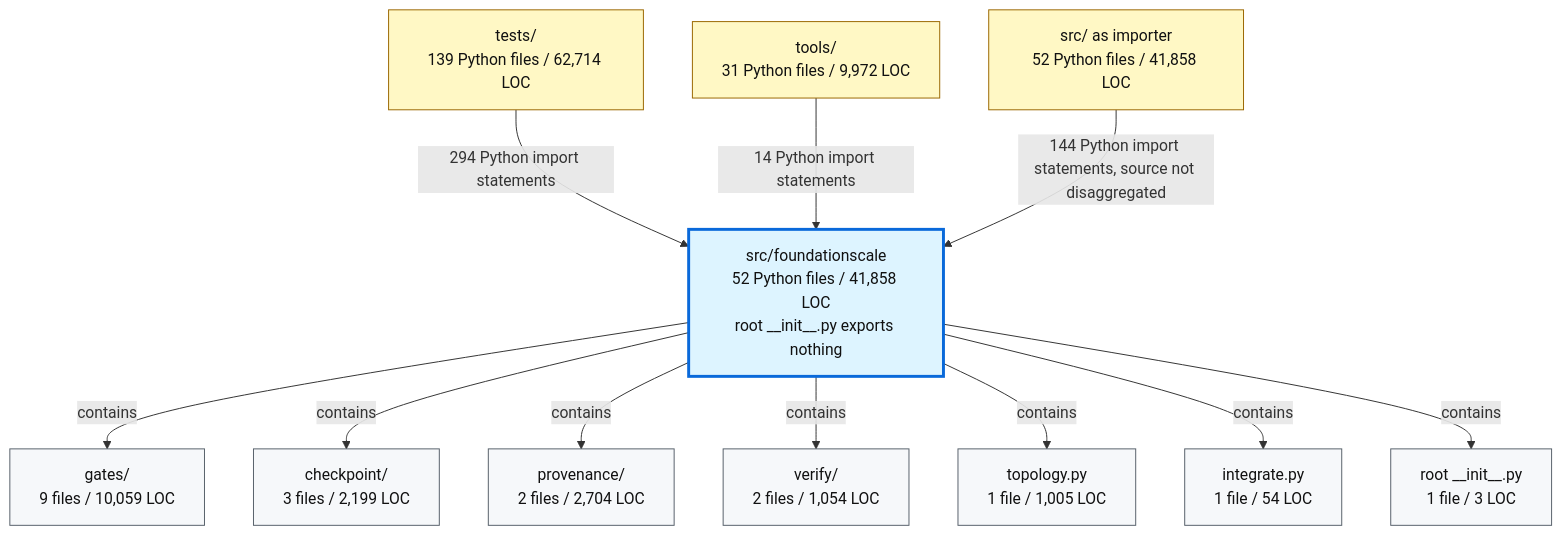
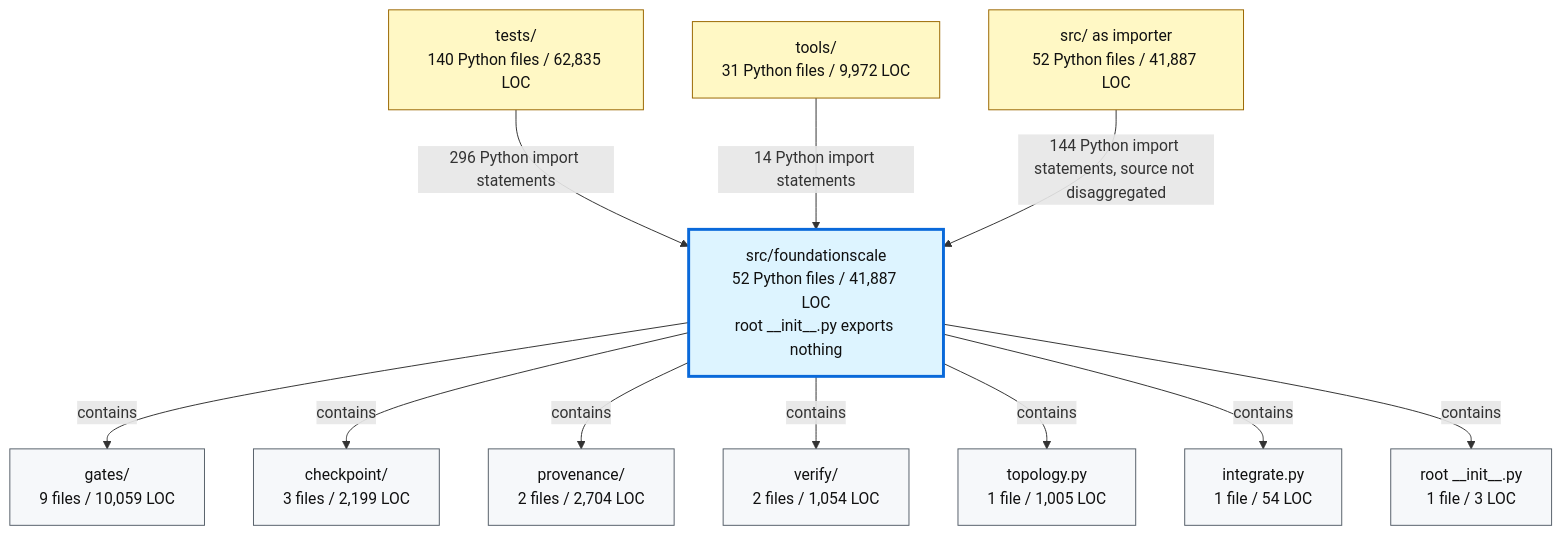
Before and after one commit to TranNhiem/FoundationScale: the second of 2 diagrams in docs/review/D2_current_architecture.md, drawn with Mermaid. The commit also changed other lines of this file and 12 other files, not shown here.

````diff
--- a/docs/review/D2_current_architecture.md
+++ b/docs/review/D2_current_architecture.md
@@ -97,36 +97,36 @@
 ```mermaid
 flowchart TB
-  TESTS["tests/<br/>139 Python files / 62,714 LOC"]
+  TESTS["tests/<br/>140 Python files / 62,835 LOC"]
   TOOLS["tools/<br/>31 Python files / 9,972 LOC"]
-  SRC["src/ as importer<br/>52 Python files / 41,858 LOC"]
+  SRC["src/ as importer<br/>52 Python files / 41,887 LOC"]
 
-  FS["src/foundationscale<br/>52 Python files / 41,858 LOC<br/>root __init__.py exports nothing"]
+  FS["src/foundationscale<br/>52 Python files / 41,887 LOC<br/>root __init__.py exports nothing"]
 
   GATES["gates/<br/>9 files / 10,059 LOC"]
   CKPT["checkpoint/<br/>3 files / 2,199 LOC"]
   PROV["provenance/<br/>2 files / 2,704 LOC"]
   VERIFY["verify/<br/>2 files / 1,054 LOC"]
   TOPO["topology.py<br/>1 file / 1,005 LOC"]
   INTEG["integrate.py<br/>1 file / 54 LOC"]
   ROOT["root __init__.py<br/>1 file / 3 LOC"]
 
-  TESTS -->|"294 Python import statements"| FS
+  TESTS -->|"296 Python import statements"| FS
   TOOLS -->|"14 Python import statements"| FS
   SRC -->|"144 Python import statements, source not disaggregated"| FS
 
   FS -->|"contains"| GATES
   FS -->|"contains"| CKPT
   FS -->|"contains"| PROV
   FS -->|"contains"| VERIFY
   FS -->|"contains"| TOPO
   FS -->|"contains"| INTEG
   FS -->|"contains"| ROOT
 
   classDef consumer fill:#fff8c5,stroke:#9a6700,color:#111;
   classDef package fill:#ddf4ff,stroke:#0969da,stroke-width:3px,color:#111;
   classDef module fill:#f6f8fa,stroke:#57606a,color:#111;
 
   class TESTS,TOOLS,SRC consumer;
   class FS package;
   class GATES,CKPT,PROV,VERIFY,TOPO,INTEG,ROOT module;
 ```
````
